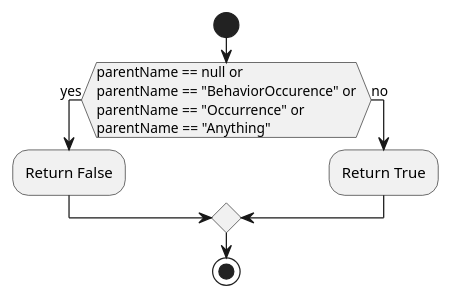
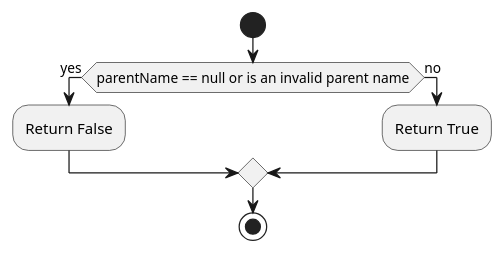
Before and after one commit to ontological-behavior-modeling/tester: the diagram in src/main/javadoc/edu/gatech/gtri/obm/alloy/translator/doc-files/AlloyUtils_validParent.puml, drawn with PlantUML. The commit also changed 16 other files, not shown here.

```diff
--- a/src/main/javadoc/edu/gatech/gtri/obm/alloy/translator/doc-files/AlloyUtils_validParent.puml
+++ b/src/main/javadoc/edu/gatech/gtri/obm/alloy/translator/doc-files/AlloyUtils_validParent.puml
@@ -1,12 +1,9 @@
 @startuml
 start
-if(parentName == null or
-parentName == "BehaviorOccurence" or
-parentName == "Occurrence" or
-parentName == "Anything") then (yes)
-:Return False;
+if(parentName == null or is an invalid parent name) then (yes)
+	:Return False;
 else(no)
-:Return True;
+	:Return True;
 endif
 stop
 @enduml
```
